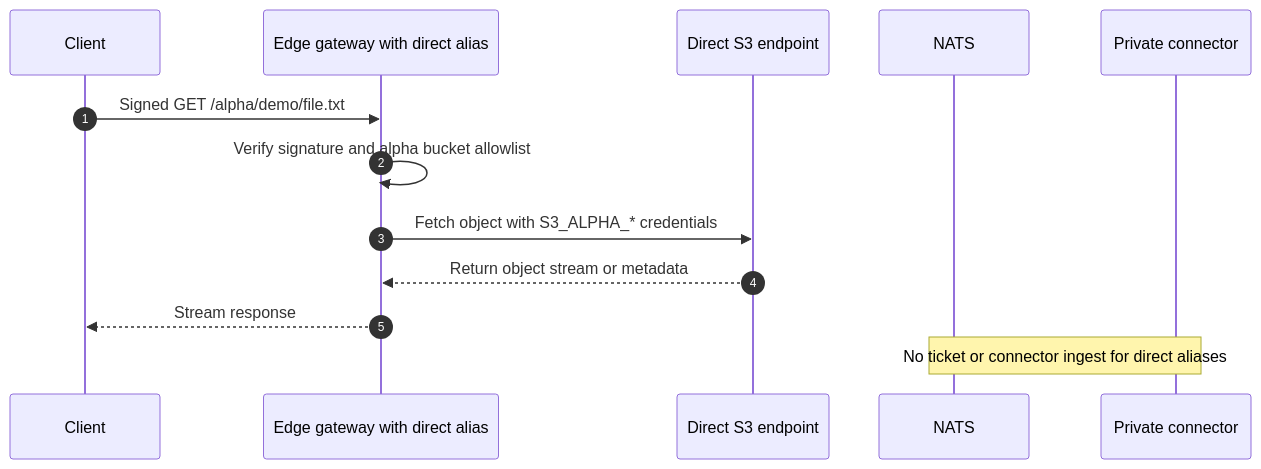
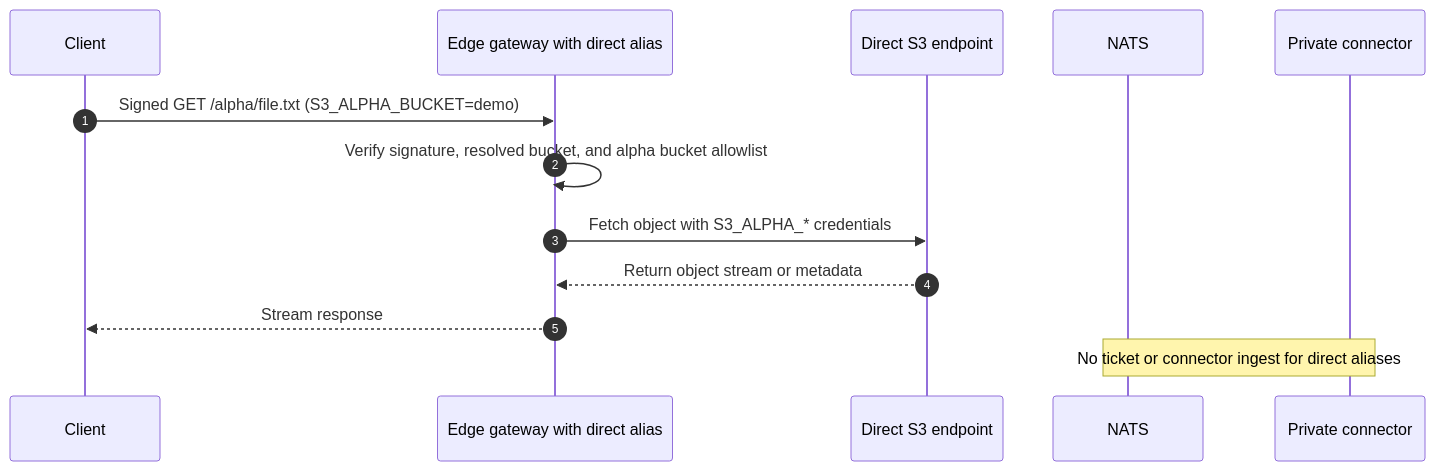
Before and after one commit to terion-name/air3: the third of 4 diagrams in docs/architecture.md, drawn with Mermaid. The commit also changed other lines of this file and 4 other files, not shown here.

````diff
--- a/docs/architecture.md
+++ b/docs/architecture.md
@@ -69,16 +69,16 @@
 ```mermaid
 sequenceDiagram
     autonumber
     participant Client
     participant Edge as Edge gateway with direct alias
     participant S3 as Direct S3 endpoint
     participant NATS as NATS
     participant Connector as Private connector
 
-    Client->>Edge: Signed GET /alpha/demo/file.txt
-    Edge->>Edge: Verify signature and alpha bucket allowlist
+    Client->>Edge: Signed GET /alpha/file.txt (S3_ALPHA_BUCKET=demo)
+    Edge->>Edge: Verify signature, resolved bucket, and alpha bucket allowlist
     Edge->>S3: Fetch object with S3_ALPHA_* credentials
     S3-->>Edge: Return object stream or metadata
     Edge-->>Client: Stream response
     Note over NATS,Connector: No ticket or connector ingest for direct aliases
 ```
````
